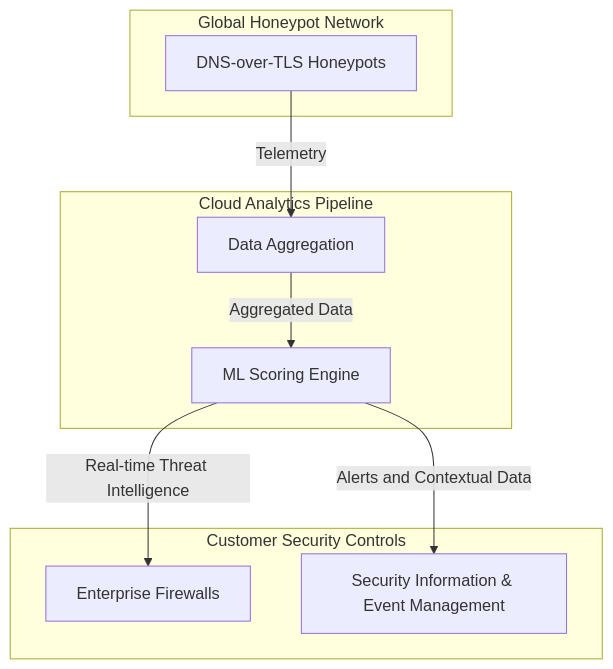
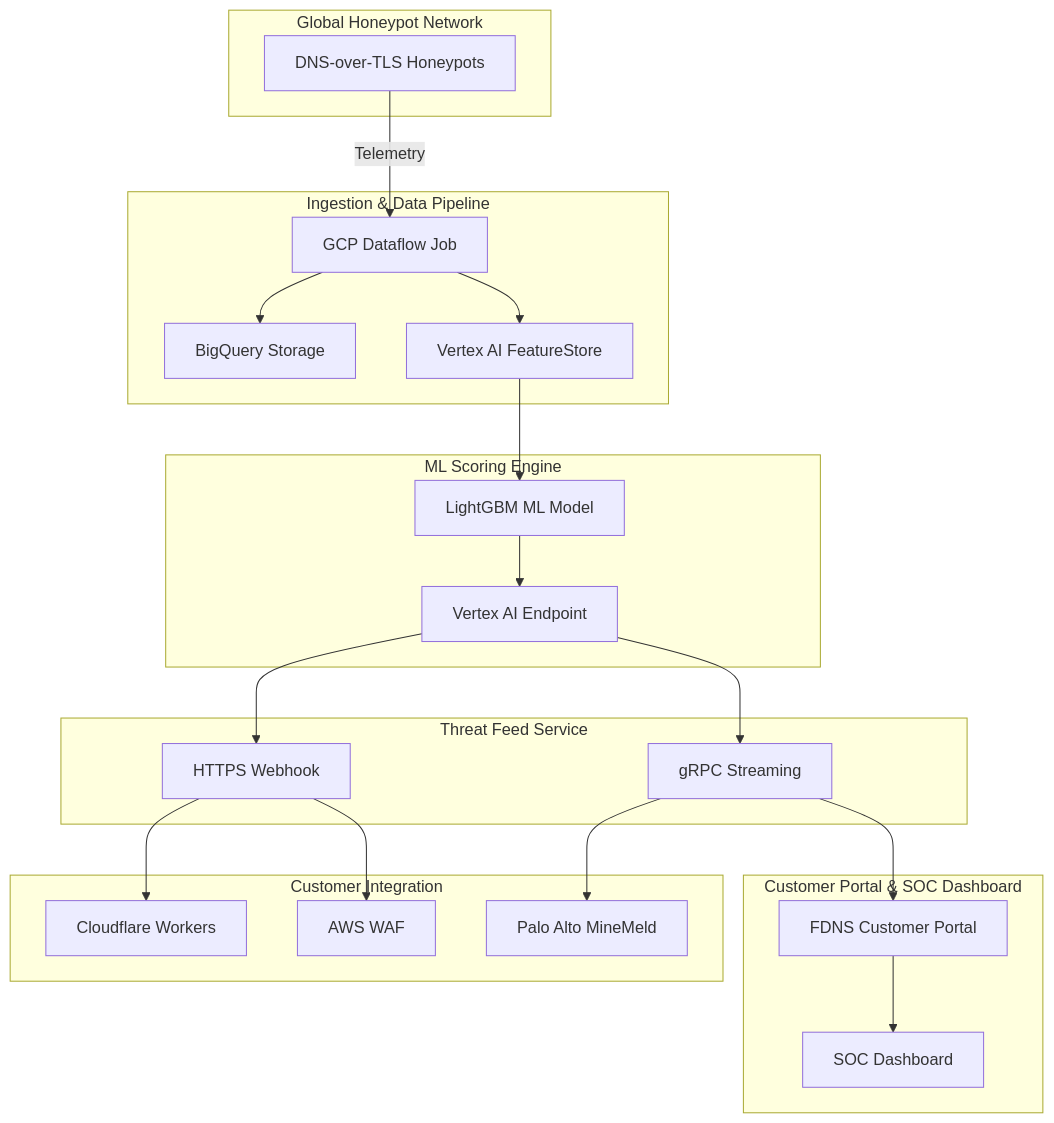
The second of 3 diagrams in docs/marketing/FDNS Shield: Monetizing Honeypot-Derived Threat Intelligence.md (microscaler/fleetingdns), drawn with Mermaid before and after one commit. The commit also changed other lines of this file and 65 other files, not shown here.

````diff
--- a/docs/marketing/FDNS Shield: Monetizing Honeypot-Derived Threat Intelligence.md
+++ b/docs/marketing/FDNS Shield: Monetizing Honeypot-Derived Threat Intelligence.md
@@ -50,21 +50,46 @@
 ```mermaid
 flowchart TD
   subgraph "Global Honeypot Network"
-    DNSHoneypots["DNS-over-TLS Honeypots"]
+    Honeypots["DNS-over-TLS Honeypots"]
   end
 
-  subgraph "Cloud Analytics Pipeline"
-    AggregationJob["Data Aggregation"]
-    MLScoringEngine["ML Scoring Engine"]
+  subgraph "Ingestion & Data Pipeline"
+    DataflowJob["GCP Dataflow Job"]
+    BigQuery["BigQuery Storage"]
+    FeatureStore["Vertex AI FeatureStore"]
   end
 
-  subgraph "Customer Security Controls"
-    Firewalls["Enterprise Firewalls"]
-    SIEM["Security Information & Event Management"]
+  subgraph "ML Scoring Engine"
+    MLModel["LightGBM ML Model"]
+    VertexAI["Vertex AI Endpoint"]
   end
 
-  DNSHoneypots -->|Telemetry| AggregationJob
-  AggregationJob -->|Aggregated Data| MLScoringEngine
-  MLScoringEngine -->|Real-time Threat Intelligence| Firewalls
-  MLScoringEngine -->|Alerts and Contextual Data| SIEM
+  subgraph "Threat Feed Service"
+    WebhookService["HTTPS Webhook"]
+    gRPCService["gRPC Streaming"]
+  end
+
+  subgraph "Customer Integration"
+    Cloudflare["Cloudflare Workers"]
+    PaloAlto["Palo Alto MineMeld"]
+    AWSWAF["AWS WAF"]
+  end
+
+  subgraph "Customer Portal & SOC Dashboard"
+    Portal["FDNS Customer Portal"]
+    Dashboard["SOC Dashboard"]
+  end
+
+  Honeypots -->|Telemetry| DataflowJob
+  DataflowJob --> BigQuery
+  DataflowJob --> FeatureStore
+  FeatureStore --> MLModel
+  MLModel --> VertexAI
+  VertexAI --> WebhookService
+  VertexAI --> gRPCService
+  WebhookService --> Cloudflare
+  gRPCService --> PaloAlto
+  WebhookService --> AWSWAF
+  gRPCService --> Portal
+  Portal --> Dashboard
 ```
````
